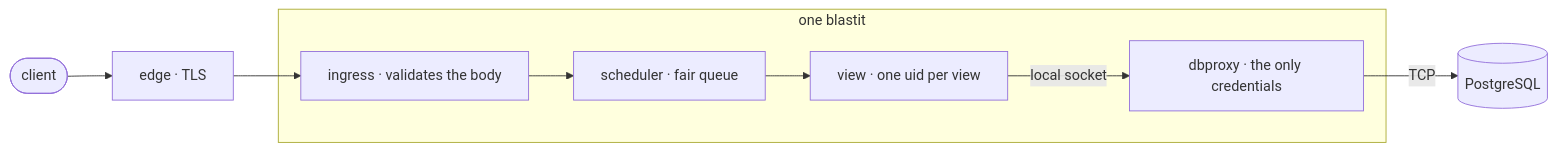
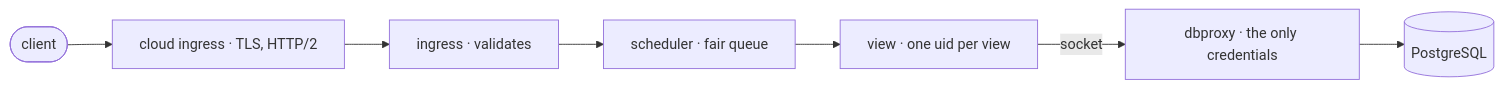
The diagram in docs/index.md (OffworldNexus/blastit), drawn with Mermaid before and after one commit. The commit also changed other lines of this file and 19 other files, not shown here.

````diff
--- a/docs/index.md
+++ b/docs/index.md
@@ -46,14 +101,7 @@
 ```mermaid
 flowchart LR
-    client(["client"]) --> edge["edge · TLS"]
-    subgraph box["one blastit"]
-        ingress["ingress · validates the body"]
-        sched["scheduler · fair queue"]
-        view["view · one uid per view"]
-        dbproxy["dbproxy · the only credentials"]
-    end
-    db[("PostgreSQL")]
-
-    edge --> ingress --> sched --> view
-    view -- "local socket" --> dbproxy -- "TCP" --> db
+    client(["client"]) --> edge["cloud ingress · TLS, HTTP/2"]
+    edge --> ingress["ingress · validates"] --> sched["scheduler · fair queue"] --> view["view · one uid per view"]
+    view -- "socket" --> dbproxy["dbproxy · the only credentials"]
+    dbproxy --> db[("PostgreSQL")]
 ```
````
